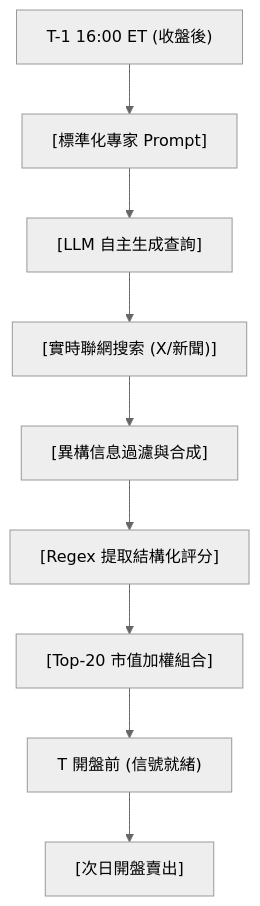
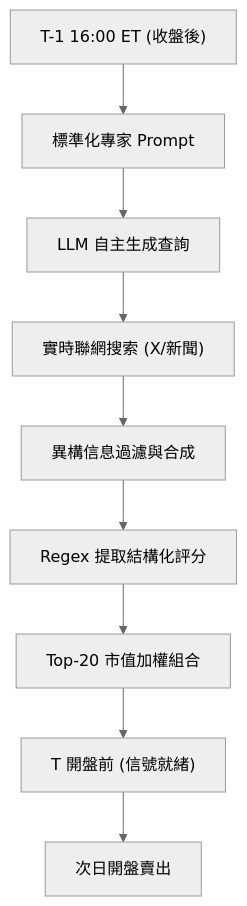
The diagram in foundations/llm-agentic/2-43-ai.md (sou350121/Trading-Handbook), drawn with Mermaid (neutral theme) before and after one commit. The commit also changed 191 other files, not shown here.

First line of the commit message:
render: fix math + mermaid for GitHub across the corpus (188 pages)

````diff
--- a/foundations/llm-agentic/2-43-ai.md
+++ b/foundations/llm-agentic/2-43-ai.md
@@ -29,11 +29,11 @@
 ```mermaid
 flowchart TD
-    A["T-1 16:00 ET (收盤後)"] --> B["[標準化專家 Prompt]"]
-    B --> C["[LLM 自主生成查詢]"]
-    C --> D["[實時聯網搜索 (X/新聞)]"]
-    D --> E["[異構信息過濾與合成]"]
-    E --> F["[Regex 提取結構化評分]"]
-    F --> G["[Top-20 市值加權組合]"]
+    A["T-1 16:00 ET (收盤後)"] --> B["標準化專家 Prompt"]
+    B --> C["LLM 自主生成查詢"]
+    C --> D["實時聯網搜索 (X/新聞)"]
+    D --> E["異構信息過濾與合成"]
+    E --> F["Regex 提取結構化評分"]
+    F --> G["Top-20 市值加權組合"]
     G --> H["T 開盤前 (信號就緒)"]
-    H --> I["[次日開盤賣出]"]
+    H --> I["次日開盤賣出"]
 ```
````
